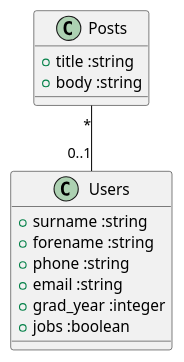
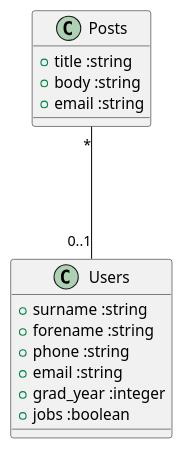
The second of 2 diagrams in writeup/writeup.org (SirSharpest/Ruby_Assignment), drawn with PlantUML before and after one commit. The commit also changed other lines of this file and 27 other files, not shown here.

```diff
--- a/writeup/writeup.org
+++ b/writeup/writeup.org
@@ -144,18 +206,19 @@
 #+begin_src plantuml :results file :file posts-users.png
 class Posts{
   +title :string
   +body :string
+  +email :string
 }
 
 class Users{
   +surname :string
   +forename :string
   +phone :string
   +email :string
   +grad_year :integer
   +jobs :boolean
 }
 
-Posts "*" -- "0..1" Users
+Posts "*" --- "0..1" Users
 
 #+end_src
```
